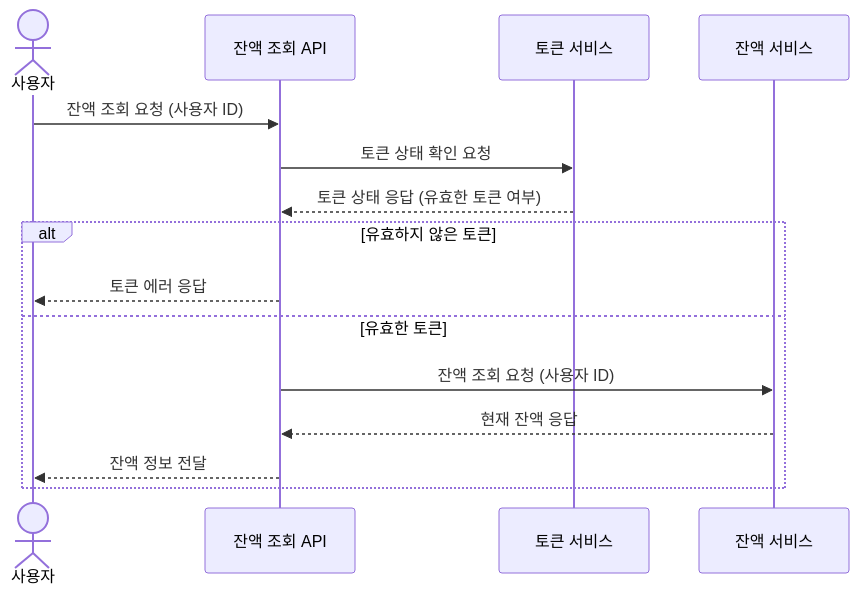
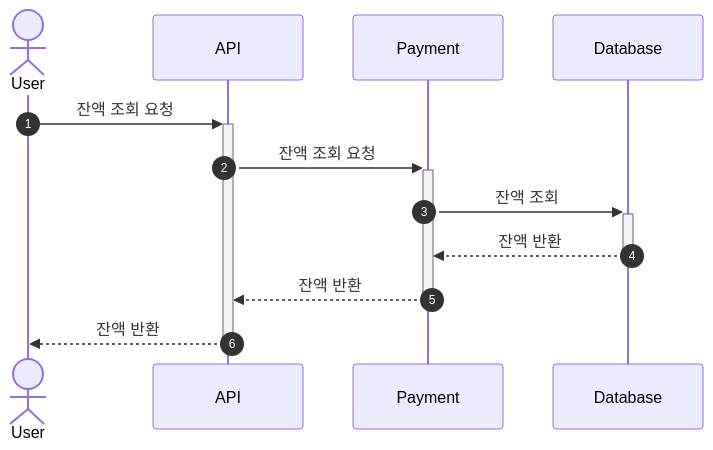
One commit to Kook-s/Concert changed the fourth of 7 diagrams in doc/sequence.md. Above: the diagram before and after it, drawn with Mermaid. The commit also changed other lines of this file and 2 other files, not shown here.

````diff
--- a/doc/sequence.md
+++ b/doc/sequence.md
@@ -120,20 +80,16 @@
-```mermaid
+``` mermaid
 sequenceDiagram
-    actor Client as 사용자
-    participant API as 잔액 조회 API
-    participant Token as 토큰 서비스
-    participant Balance as 잔액 서비스
+	autonumber
 	
-    Client ->> API: 잔액 조회 요청 (사용자 ID)
-    API ->> Token: 토큰 상태 확인 요청
-    Token -->> API: 토큰 상태 응답 (유효한 토큰 여부)
-
-    alt 유효하지 않은 토큰
-        API -->> Client: 토큰 에러 응답
-    else 유효한 토큰    
-        API ->> Balance: 잔액 조회 요청 (사용자 ID)
-        Balance -->> API: 현재 잔액 응답
-        API -->> Client: 잔액 정보 전달
-    end
-
+	actor User
+	participant API
+	participant Payment
+	participant Database
+	
+	User ->> +API: 잔액 조회 요청
+	API ->> +Payment: 잔액 조회 요청
+	Payment ->> +Database: 잔액 조회
+	Database -->> -Payment: 잔액 반환
+	Payment -->> -API: 잔액 반환
+	API -->> -User: 잔액 반환
 ```
````
